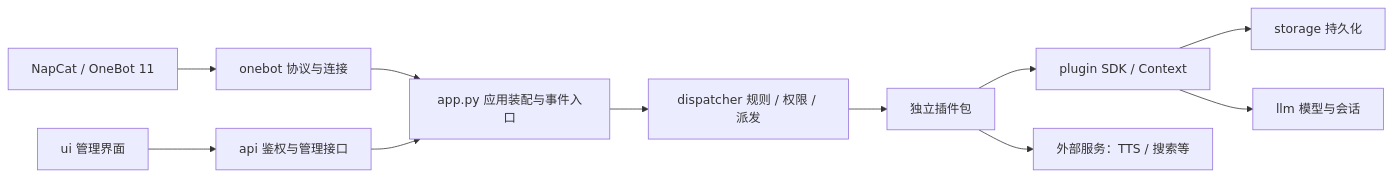
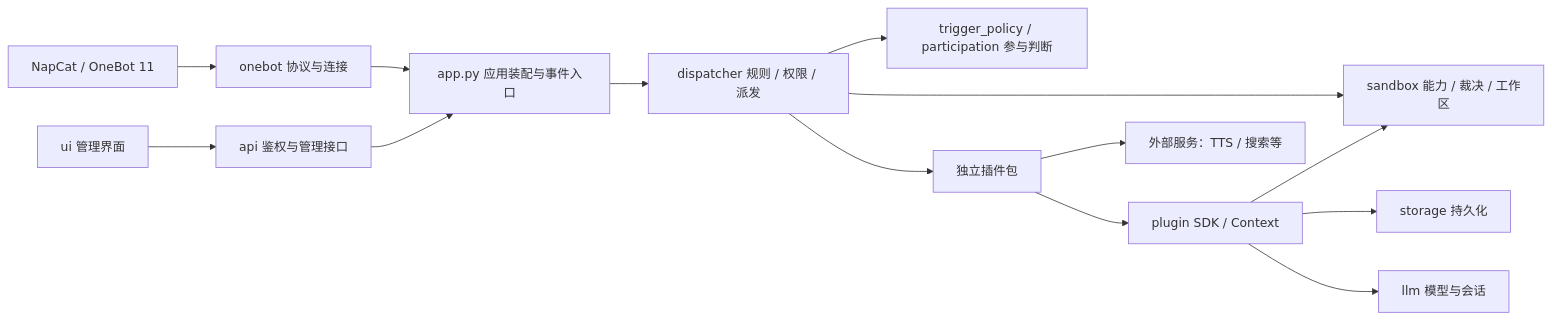
Before and after one commit to ChiYuKe/FLLBot: the diagram in docs/architecture.md, drawn with Mermaid. The commit also changed other lines of this file and 8 other files, not shown here.

````diff
--- a/docs/architecture.md
+++ b/docs/architecture.md
@@ -5,13 +5,16 @@
 ```mermaid
 flowchart LR
     QQ[NapCat / OneBot 11] --> Protocol[onebot 协议与连接]
     Protocol --> App[app.py 应用装配与事件入口]
     App --> Dispatcher[dispatcher 规则 / 权限 / 派发]
+    Dispatcher --> Triggers[trigger_policy / participation 参与判断]
+    Dispatcher --> Sandbox[sandbox 能力 / 裁决 / 工作区]
     Dispatcher --> Packages[独立插件包]
     Packages --> SDK[plugin SDK / Context]
     SDK --> Storage[storage 持久化]
     SDK --> LLM[llm 模型与会话]
+    SDK --> Sandbox
     UI[ui 管理界面] --> API[api 鉴权与管理接口]
     API --> App
     Packages --> Services[外部服务：TTS / 搜索等]
 ```
````
